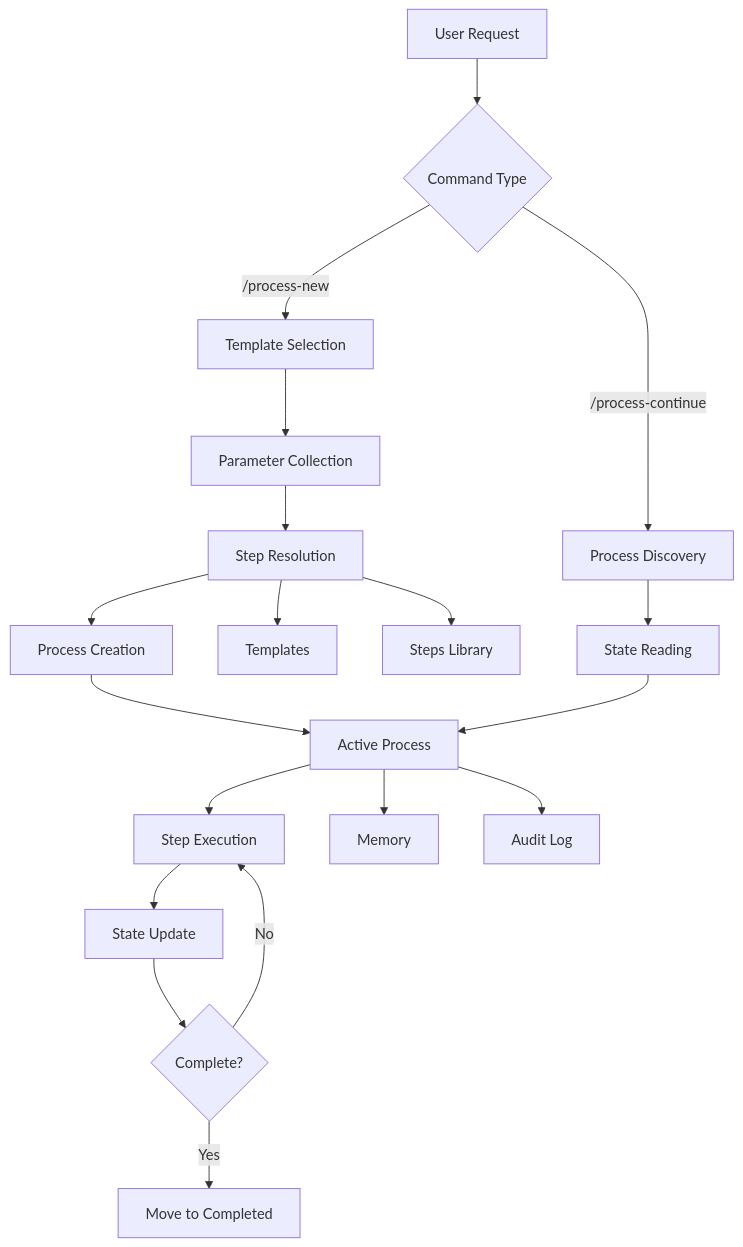
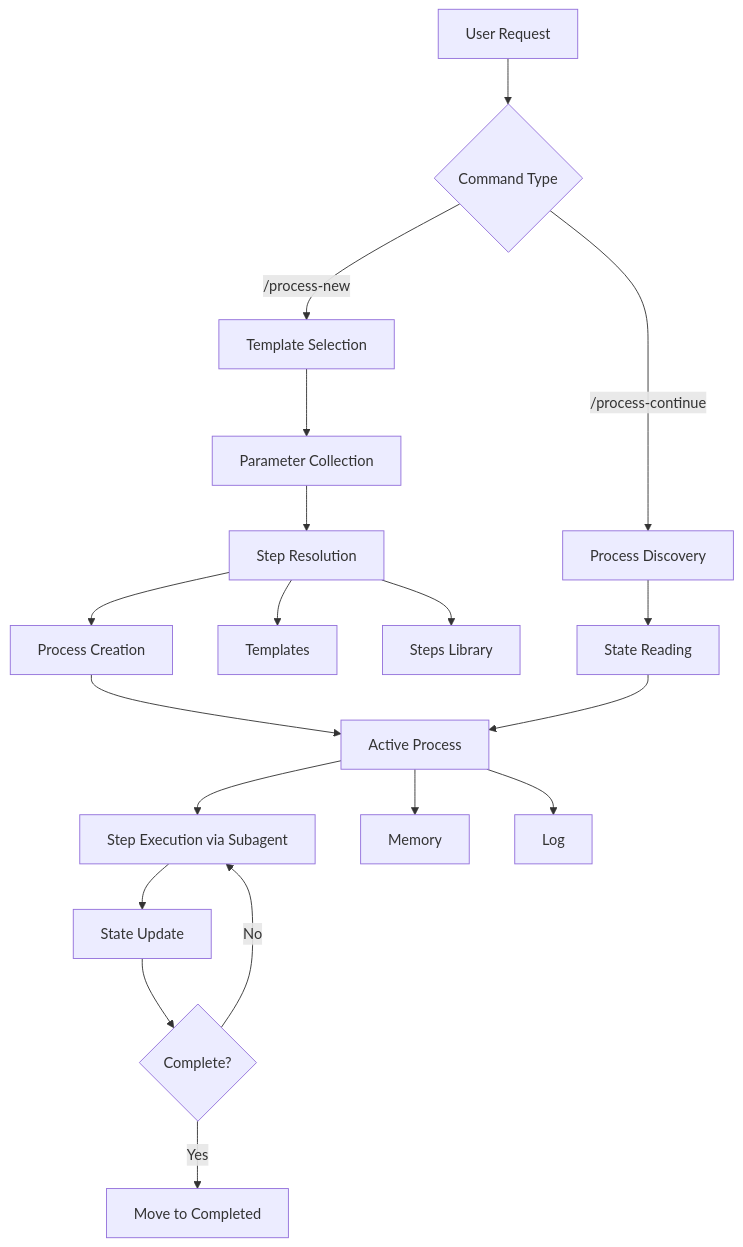
One commit to HMTools/agentic-processes changed the diagram in docs/architecture.md. Above: the diagram before and after it, drawn with Mermaid. The commit also changed other lines of this file and 44 other files, not shown here.

First line of the commit message:
feat: Migrate framework to a unified plugin architecture for Cursor and Claude Code

````diff
--- a/docs/architecture.md
+++ b/docs/architecture.md
@@ -102,25 +139,25 @@
 ```mermaid
 graph TD
     A[User Request] --> B{Command Type}
     B -->|/process-new| C[Template Selection]
     B -->|/process-continue| D[Process Discovery]
     
     C --> E[Parameter Collection]
     E --> F[Step Resolution]
     F --> G[Process Creation]
     G --> H[Active Process]
     
     D --> I[State Reading]
     I --> H
     
-    H --> J[Step Execution]
+    H --> J[Step Execution via Subagent]
     J --> K[State Update]
     K --> L{Complete?}
     L -->|No| J
     L -->|Yes| M[Move to Completed]
     
     F --> N[Templates]
     F --> O[Steps Library]
     H --> P[Memory]
-    H --> Q[Audit Log]
+    H --> Q[Log]
 ```
````
